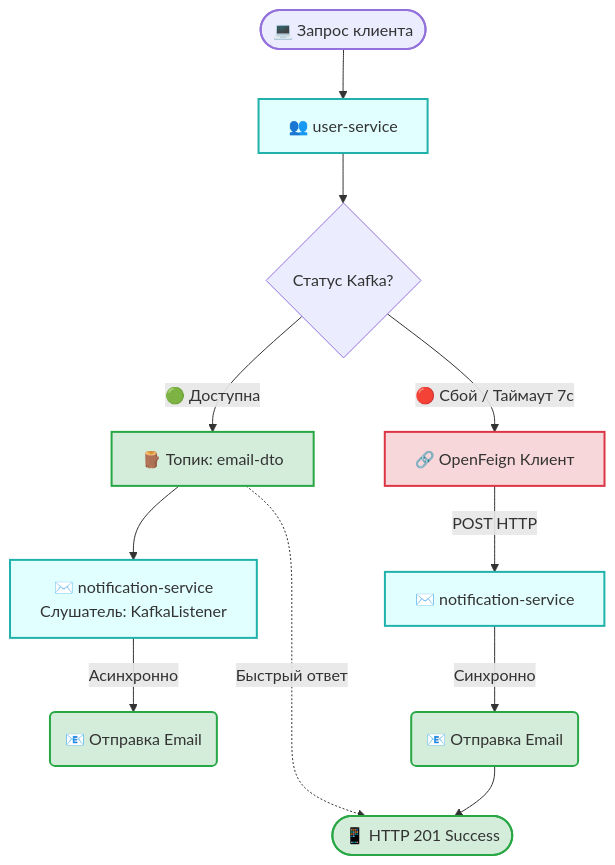
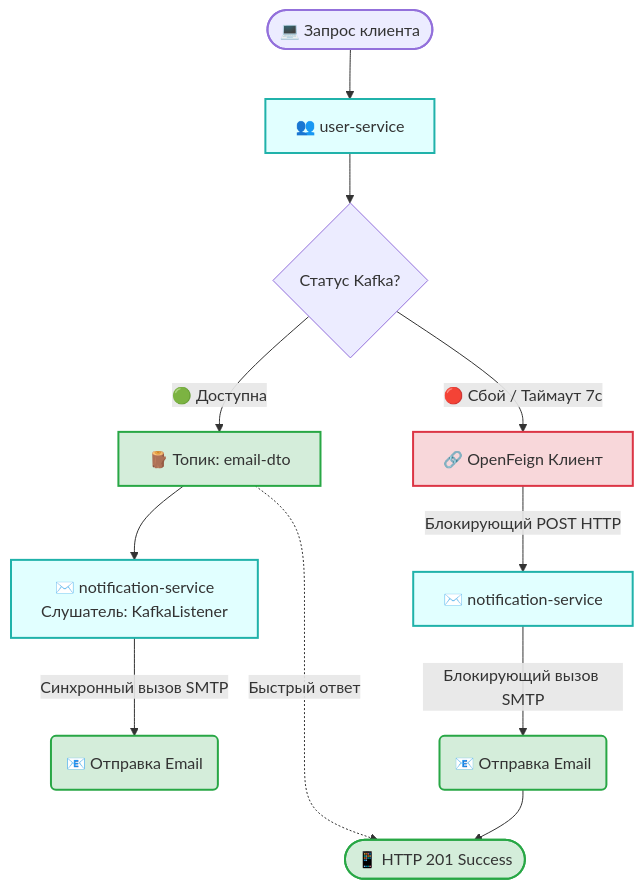
The diagram in README.md (maxitool/user-service), drawn with Mermaid before and after one commit.

````diff
--- a/README.md
+++ b/README.md
@@ -128,30 +128,30 @@
 ```mermaid
 flowchart TD
     %% Основной поток управления
     Start([💻 Запрос клиента]) --> US[👥 user-service]
     US --> Check{Статус Kafka?}
     
-    %% Штатный асинхронный режим (Happy Path)
+    %% Штатный режим (Асинхронно для клиента)
     Check -->|🟢 Доступна| Kafka[🪵 Топик: email-dto]
     Kafka --> NS_Async[✉️ notification-service <br/> Слушатель: KafkaListener]
-    NS_Async -->|Асинхронно| SMTP1(📧 Отправка Email)
+    NS_Async -->|Синхронный вызов SMTP| SMTP1(📧 Отправка Email)
     
     Kafka -.->|Быстрый ответ| Return([📱 HTTP 201 Success])
 
-    %% Аварийный синхронный режим (Fallback)
+    %% Аварийный режим (Полностью синхронный Fallback-путь)
     Check -->|🔴 Сбой / Таймаут 7с| Feign[🔗 OpenFeign Клиент]
-    Feign -->|POST HTTP| NS_Sync[✉️ notification-service]
-    NS_Sync -->|Синхронно| SMTP2(📧 Отправка Email)
+    Feign -->|Блокирующий POST HTTP| NS_Sync[✉️ notification-service]
+    NS_Sync -->|Блокирующий вызов SMTP| SMTP2(📧 Отправка Email)
     SMTP2 --> Return
 
     %% Стилизация (Безопасно для парсера GitHub)
     classDef client fill:#ececff,stroke:#9370db,stroke-width:2px;
     classDef core fill:#e1ffff,stroke:#20b2aa,stroke-width:2px;
     classDef success fill:#d4edda,stroke:#28a745,stroke-width:2px;
     classDef fail fill:#f8d7da,stroke:#dc3545,stroke-width:2px;
 
     class Start client;
     class US,NS_Async,NS_Sync core;
     class Kafka,Return,SMTP1,SMTP2 success;
     class Feign fail;
 ```
````
